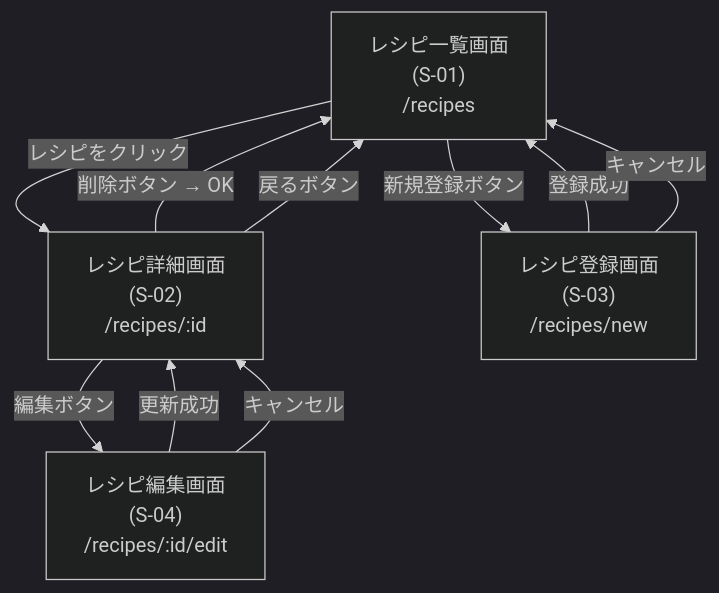
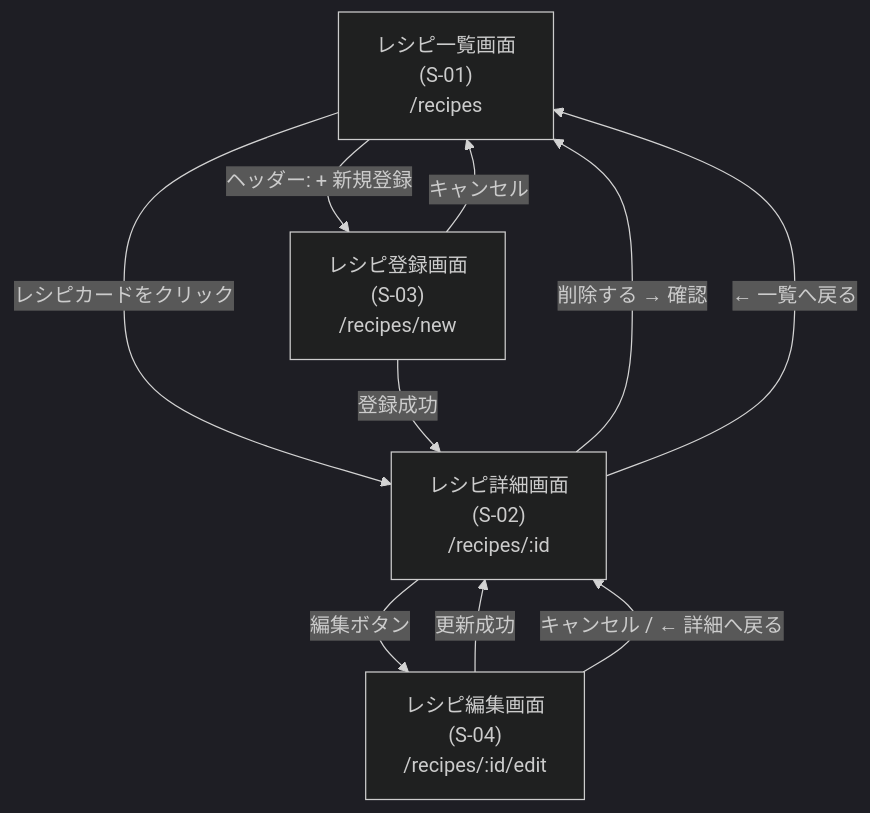
Before and after one commit to Hiroyuki-12/RecipeManager: the diagram in docs/画面遷移図.md, drawn with Mermaid (dark theme). The commit also changed other lines of this file and 3 other files, not shown here.

First line of the commit message:
docs: 画面設計書 / 機能仕様書 / 画面遷移図 を Phase 4〜6 実装に追従 (#28)

````diff
--- a/docs/画面遷移図.md
+++ b/docs/画面遷移図.md
@@ -5,20 +5,20 @@
 ```mermaid
 flowchart TD
     LIST["レシピ一覧画面<br/>(S-01)<br/>/recipes"]
     DETAIL["レシピ詳細画面<br/>(S-02)<br/>/recipes/:id"]
     NEW["レシピ登録画面<br/>(S-03)<br/>/recipes/new"]
     EDIT["レシピ編集画面<br/>(S-04)<br/>/recipes/:id/edit"]
 
-    LIST -->|新規登録ボタン| NEW
-    LIST -->|レシピをクリック| DETAIL
+    LIST -->|ヘッダー: + 新規登録| NEW
+    LIST -->|レシピカードをクリック| DETAIL
 
-    NEW -->|登録成功| LIST
+    NEW -->|登録成功| DETAIL
     NEW -->|キャンセル| LIST
 
     DETAIL -->|編集ボタン| EDIT
-    DETAIL -->|削除ボタン → OK| LIST
-    DETAIL -->|戻るボタン| LIST
+    DETAIL -->|削除する → 確認| LIST
+    DETAIL -->|← 一覧へ戻る| LIST
 
     EDIT -->|更新成功| DETAIL
-    EDIT -->|キャンセル| DETAIL
+    EDIT -->|キャンセル / ← 詳細へ戻る| DETAIL
 ```
````
